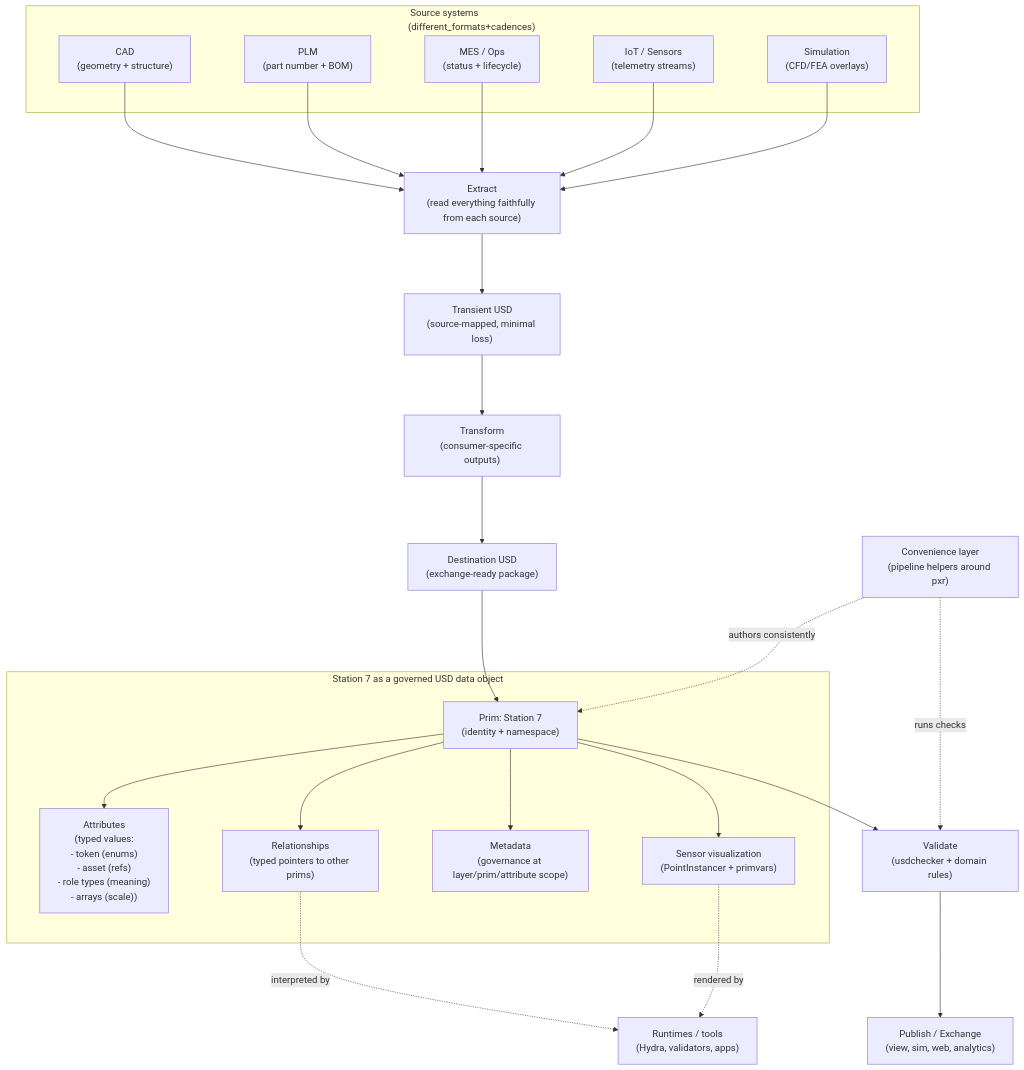
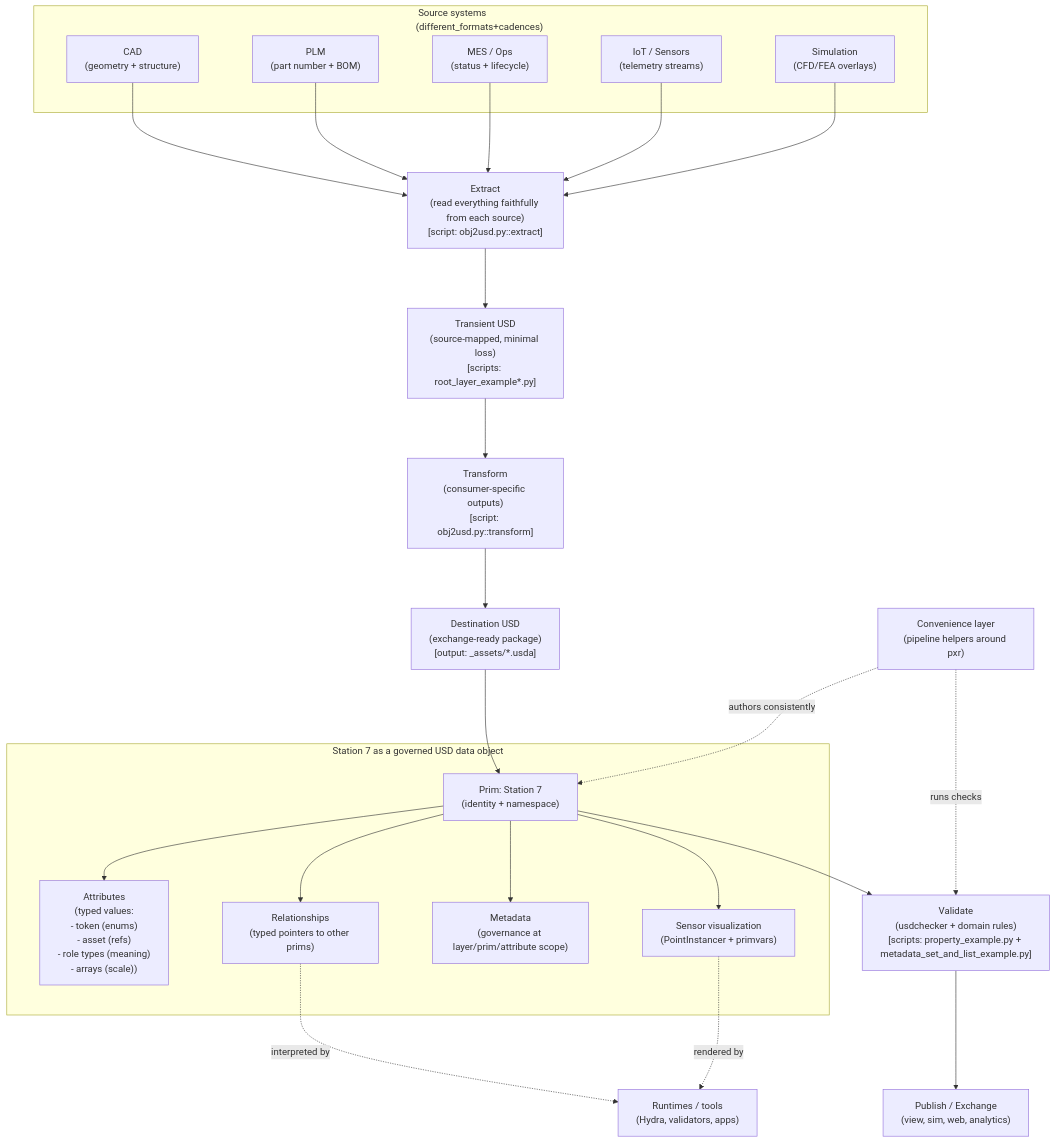
The diagram in WIP_Docs/Building an OpenUSD Pipeline With Data Modeling__VIDEO_DEEP_DIVE_TUTORIAL.md (jph2/USD_GoodStart), drawn with Mermaid before and after one commit. The commit also changed other lines of this file, not shown here.

````diff
--- a/WIP_Docs/Building an OpenUSD Pipeline With Data Modeling__VIDEO_DEEP_DIVE_TUTORIAL.md
+++ b/WIP_Docs/Building an OpenUSD Pipeline With Data Modeling__VIDEO_DEEP_DIVE_TUTORIAL.md
@@ -65,48 +85,48 @@
 ```mermaid
 %%{init: { "flowchart": { "nodeSpacing": 90, "rankSpacing": 100, "curve": "basis" } }}%%
 flowchart TB
   %% Mental model: data modeling (inside USD) + data exchange (how it gets there reliably)
 
   subgraph Sources[" Source systems<br/>(different_formats+cadences) "]
     CAD["CAD\n(geometry + structure)"]
     PLM["PLM\n(part number + BOM)"]
     MES["MES / Ops\n(status + lifecycle)"]
     IOT["IoT / Sensors\n(telemetry streams)"]
     SIM["Simulation\n(CFD/FEA overlays)"]
   end
 
-  CAD --> EX["Extract\n(read everything faithfully from each source)"]
+  CAD --> EX["Extract\n(read everything faithfully from each source)\n[script: obj2usd.py::extract]"]
   PLM --> EX
   MES --> EX
   IOT --> EX
   SIM --> EX
 
-  EX --> TRANSIENT["Transient USD\n(source-mapped, minimal loss)"]
-  TRANSIENT --> TF["Transform\n(consumer-specific outputs)"]
+  EX --> TRANSIENT["Transient USD\n(source-mapped, minimal loss)\n[scripts: root_layer_example*.py]"]
+  TRANSIENT --> TF["Transform\n(consumer-specific outputs)\n[script: obj2usd.py::transform]"]
 
-  TF --> DEST["Destination USD\n(exchange-ready package)"]
+  TF --> DEST["Destination USD\n(exchange-ready package)\n[output: _assets/*.usda]"]
 
   subgraph Station7[" Station 7 as a governed USD data object "]
     PRIM["Prim: Station 7\n(identity + namespace)"]
     ATTR["Attributes\n(typed values:\n- token (enums)\n- asset (refs)\n- role types (meaning)\n- arrays (scale))"]
     REL["Relationships\n(typed pointers to other prims)"]
     META["Metadata\n(governance at layer/prim/attribute scope)"]
     SENSVIS["Sensor visualization\n(PointInstancer + primvars)"]
 
     PRIM --> ATTR
     PRIM --> REL
     PRIM --> META
     PRIM --> SENSVIS
   end
 
   DEST --> PRIM
 
   CL["Convenience layer\n(pipeline helpers around pxr)"] -. "authors consistently" .-> PRIM
   CL -. "runs checks" .-> VAL
 
   REL -. "interpreted by" .-> RT["Runtimes / tools\n(Hydra, validators, apps)"]
   SENSVIS -. "rendered by" .-> RT
 
-  PRIM --> VAL["Validate\n(usdchecker + domain rules)"]
+  PRIM --> VAL["Validate\n(usdchecker + domain rules)\n[scripts: property_example.py + metadata_set_and_list_example.py]"]
   VAL --> PUB["Publish / Exchange\n(view, sim, web, analytics)"]
 ```
````
